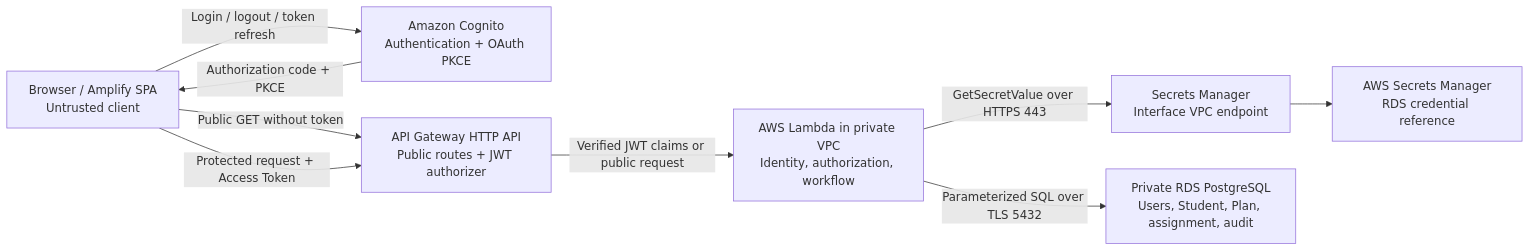
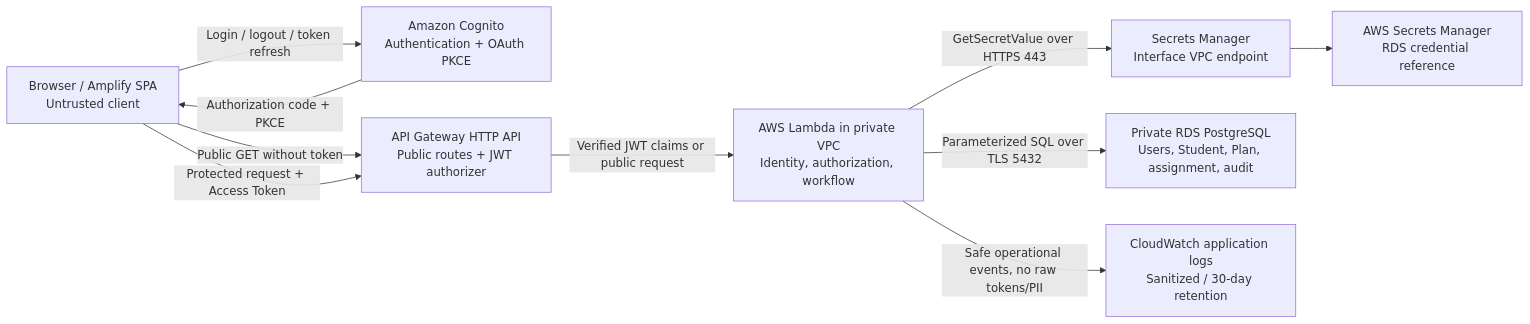
Before and after one commit to zero-h0ur/CS361_G03_Cooperative-Education-Planning-Management-System-: the diagram in docs/architecture/G03-V3-architecture.md, drawn with Mermaid. The commit also changed other lines of this file and 16 other files, not shown here.

````diff
--- a/docs/architecture/G03-V3-architecture.md
+++ b/docs/architecture/G03-V3-architecture.md
@@ -20,19 +25,21 @@
 ```mermaid
 flowchart LR
     Browser["Browser / Amplify SPA<br/>Untrusted client"]
     Cognito["Amazon Cognito<br/>Authentication + OAuth PKCE"]
     APIGW["API Gateway HTTP API<br/>Public routes + JWT authorizer"]
     Lambda["AWS Lambda in private VPC<br/>Identity, authorization, workflow"]
     Endpoint["Secrets Manager<br/>Interface VPC endpoint"]
     Secrets["AWS Secrets Manager<br/>RDS credential reference"]
     RDS["Private RDS PostgreSQL<br/>Users, Student, Plan, assignment, audit"]
+    Logs["CloudWatch application logs<br/>Sanitized / 30-day retention"]
 
     Browser -->|"Login / logout / token refresh"| Cognito
     Cognito -->|"Authorization code + PKCE"| Browser
     Browser -->|"Public GET without token"| APIGW
     Browser -->|"Protected request + Access Token"| APIGW
     APIGW -->|"Verified JWT claims or public request"| Lambda
     Lambda -->|"GetSecretValue over HTTPS 443"| Endpoint
     Endpoint --> Secrets
     Lambda -->|"Parameterized SQL over TLS 5432"| RDS
+    Lambda -->|"Safe operational events, no raw tokens/PII"| Logs
 ```
````
